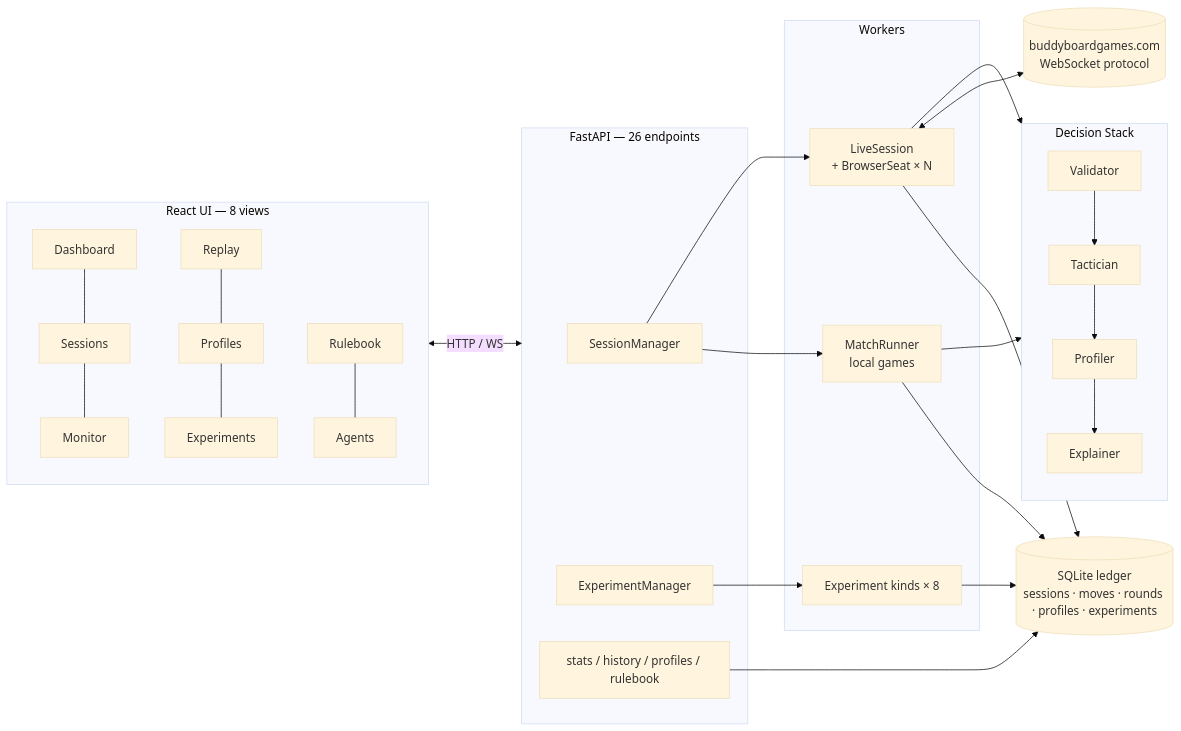
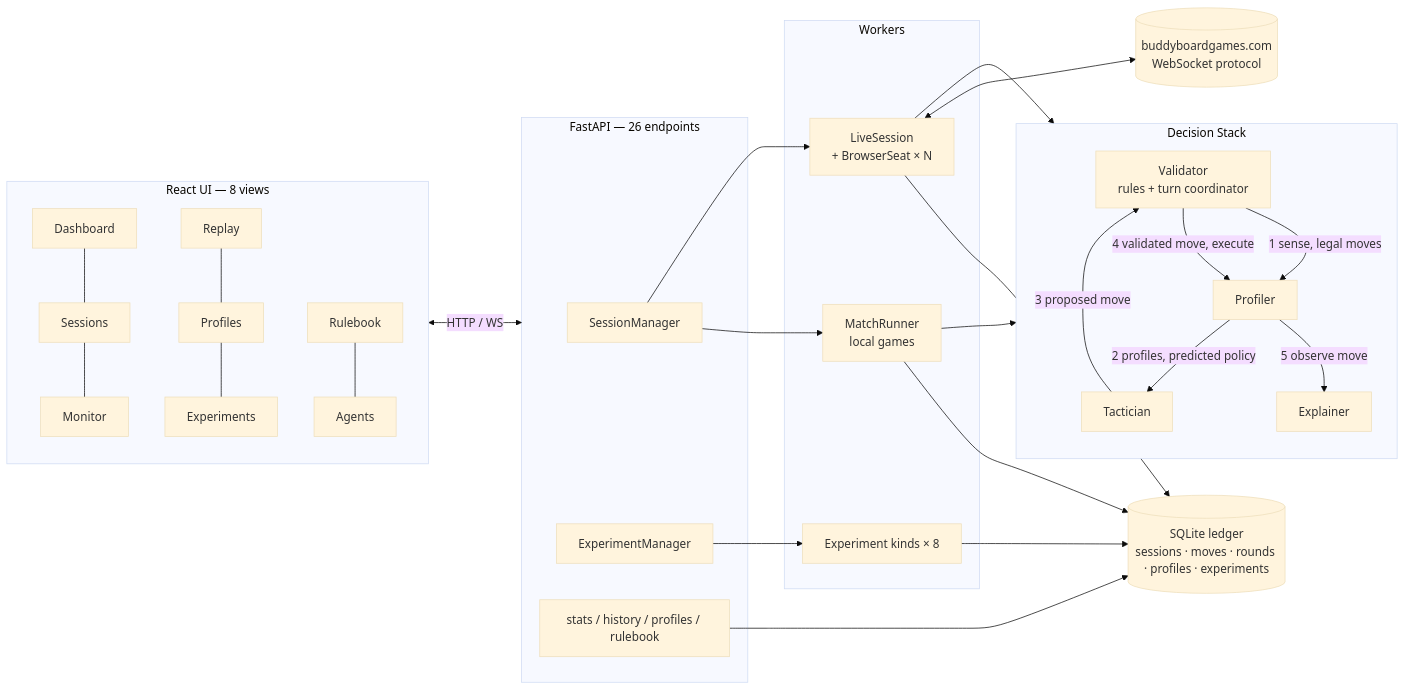
The first of 3 diagrams in docs/FINAL_REPORT.md (rongrongrr/AIS_PT07-Group1_MultiAgentBoardGameIntelligence), drawn with Mermaid (base theme) before and after one commit. The commit also changed other lines of this file, not shown here.

````diff
--- a/docs/FINAL_REPORT.md
+++ b/docs/FINAL_REPORT.md
@@ -73,30 +96,38 @@
 ```mermaid
 flowchart LR
   subgraph UI["React UI — 8 views"]
     D[Dashboard] --- S[Sessions] --- M[Monitor]
     R[Replay] --- P[Profiles] --- E[Experiments]
     RB[Rulebook] --- AG[Agents]
   end
   subgraph API["FastAPI — 26 endpoints"]
     SM[SessionManager]
     EM[ExperimentManager]
     ST[stats / history / profiles / rulebook]
   end
   subgraph Workers["Workers"]
     MR[MatchRunner<br/>local games]
     LS[LiveSession<br/>+ BrowserSeat × N]
     EX[Experiment kinds × 8]
   end
   subgraph Stack["Decision Stack"]
-    V[Validator] --> T[Tactician] --> PR[Profiler] --> XP[Explainer]
+    V[Validator<br/>rules + turn coordinator]
+    PR[Profiler]
+    T[Tactician]
+    XP[Explainer]
+    V -- "1 sense, legal moves" --> PR
+    PR -- "2 profiles, predicted policy" --> T
+    T -- "3 proposed move" --> V
+    V -- "4 validated move, execute" --> PR
+    PR -- "5 observe move" --> XP
   end
   L[(SQLite ledger<br/>sessions · moves · rounds · profiles · experiments)]
   W[(buddyboardgames.com<br/>WebSocket protocol)]
   UI <-- HTTP / WS --> API
   SM --> MR & LS
   EM --> EX
   MR & LS --> Stack
   MR & LS & EX --> L
   LS <--> W
   ST --> L
 ```
````
